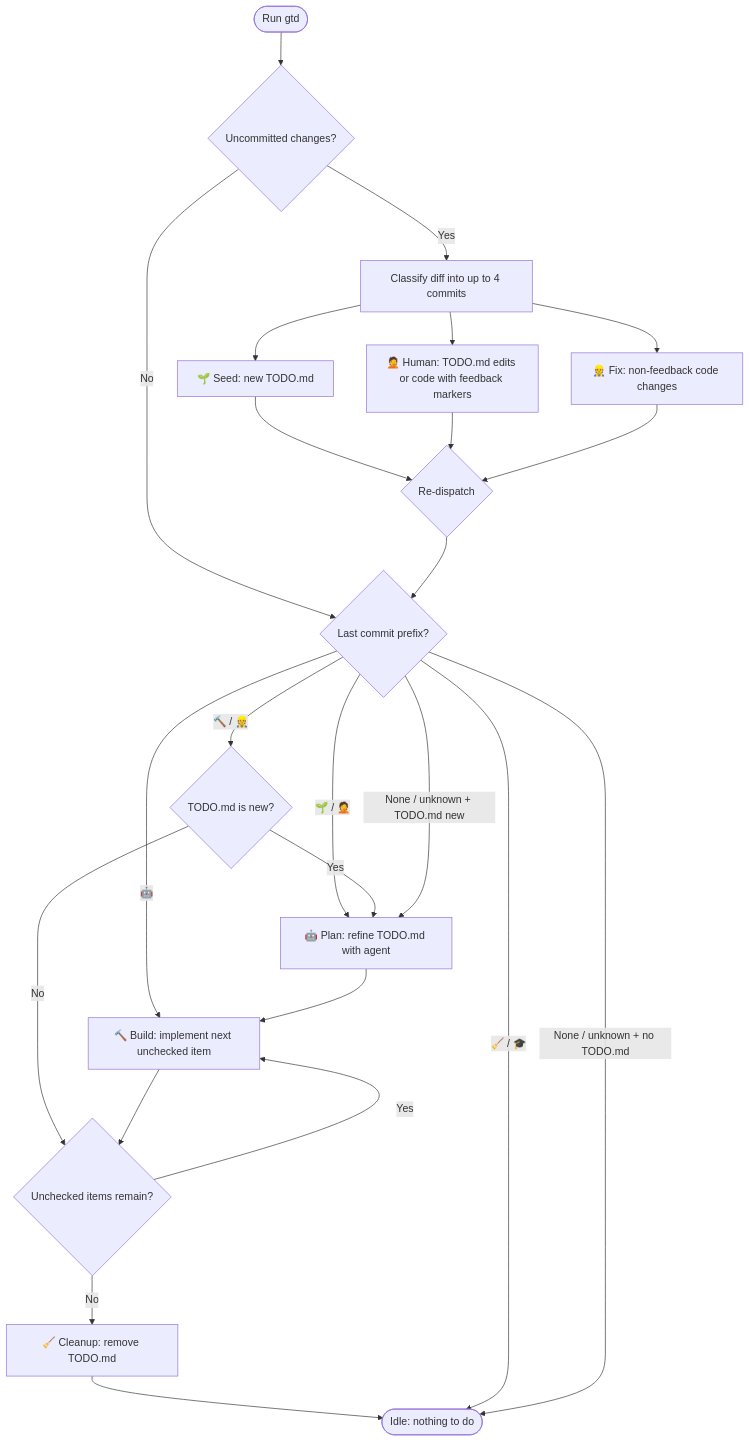
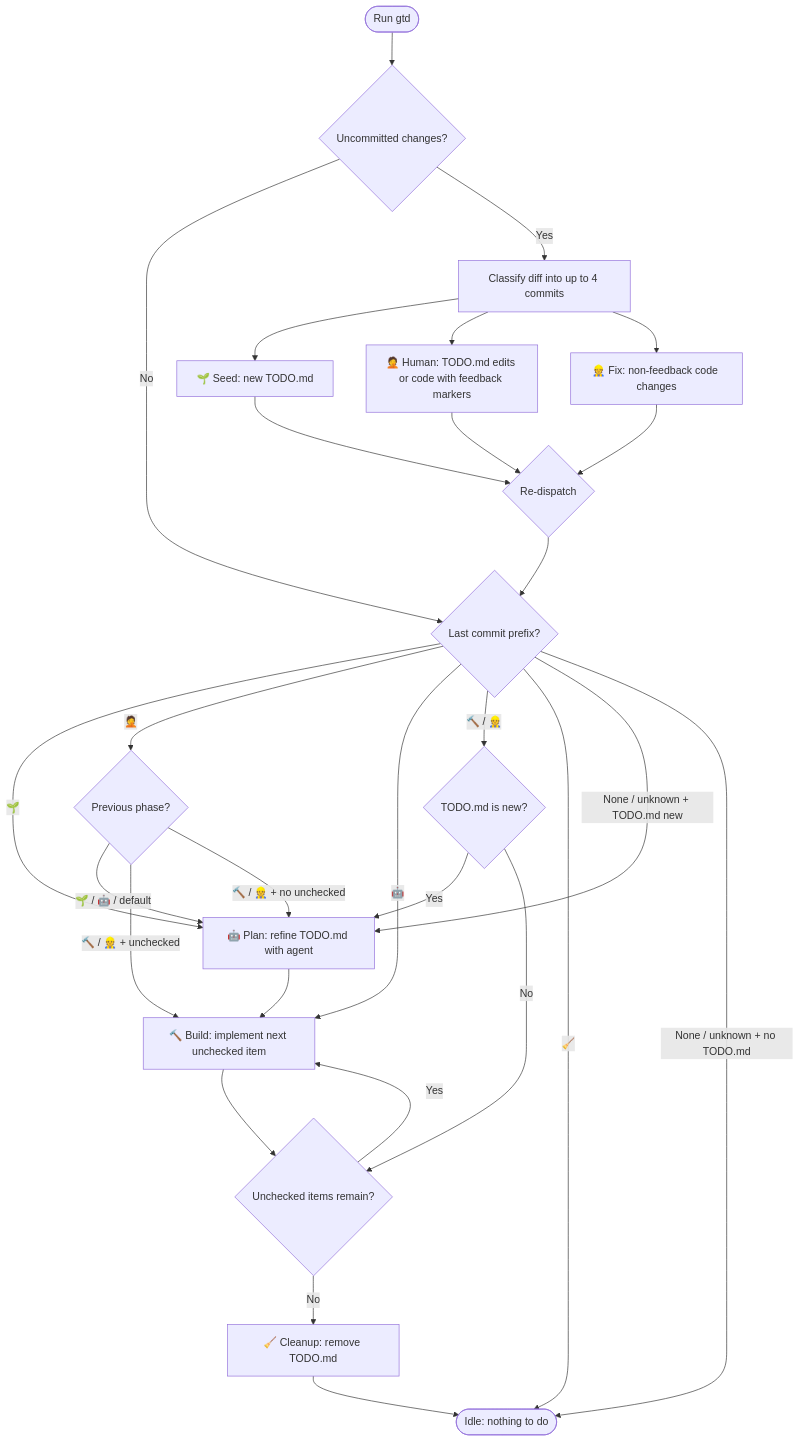
The diagram in README.md (pmelab/gtd), drawn with Mermaid before and after one commit. The commit also changed other lines of this file and 1 other file, not shown here.

Commit message:
👷 remove learn phase and split seed/human routing logic

````diff
--- a/README.md
+++ b/README.md
@@ -38,27 +38,31 @@
 ```mermaid
 flowchart TD
     Start([Run gtd]) --> Uncommitted{Uncommitted changes?}
     Uncommitted -->|No| CheckLast{Last commit prefix?}
     Uncommitted -->|Yes| Classify["Classify diff into up to 4 commits"]
     Classify --> SeedCommit["🌱 Seed: new TODO.md"]
     Classify --> HumanCommit["🤦 Human: TODO.md edits or code with feedback markers"]
     Classify --> FixCommit["👷 Fix: non-feedback code changes"]
     SeedCommit --> ReDispatch
     HumanCommit --> ReDispatch
     FixCommit --> ReDispatch
     ReDispatch{Re-dispatch} --> CheckLast
-    CheckLast -->|"🌱 / 🤦"| Plan["🤖 Plan: refine TODO.md with agent"]
+    CheckLast -->|🌱| Plan["🤖 Plan: refine TODO.md with agent"]
+    CheckLast -->|🤦| HumanRoute{Previous phase?}
+    HumanRoute -->|"🌱 / 🤖 / default"| Plan
+    HumanRoute -->|"🔨 / 👷 + unchecked"| Build
+    HumanRoute -->|"🔨 / 👷 + no unchecked"| Plan
     CheckLast -->|🤖| Build
     CheckLast -->|"🔨 / 👷"| TodoNew{TODO.md is new?}
     TodoNew -->|Yes| Plan
     TodoNew -->|No| ItemsLeft
     Build["🔨 Build: implement next unchecked item"] --> ItemsLeft
     ItemsLeft{Unchecked items remain?}
     ItemsLeft -->|Yes| Build
     ItemsLeft -->|No| Cleanup["🧹 Cleanup: remove TODO.md"]
     Plan --> Build
     Cleanup --> Idle([Idle: nothing to do])
-    CheckLast -->|"🧹 / 🎓"| Idle
+    CheckLast -->|🧹| Idle
     CheckLast -->|"None / unknown + TODO.md new"| Plan
     CheckLast -->|"None / unknown + no TODO.md"| Idle
 ```
````
